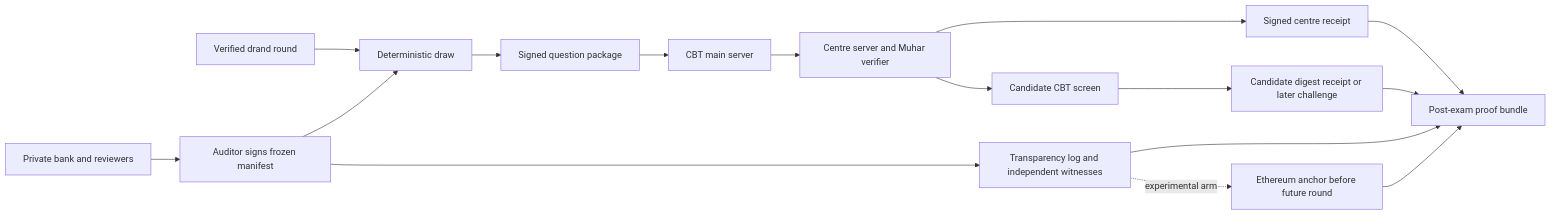
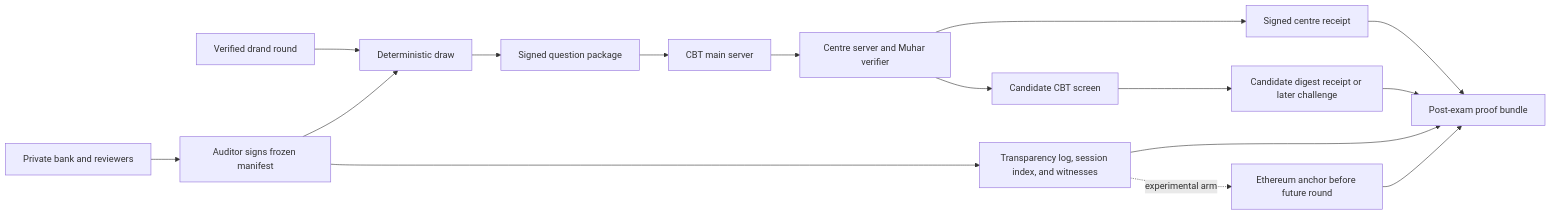
Before and after one commit to harshakumar25/Muhar: the diagram in DIGITAL_ARCHITECTURE.md, drawn with Mermaid. The commit also changed other lines of this file and 4 other files, not shown here.

````diff
--- a/DIGITAL_ARCHITECTURE.md
+++ b/DIGITAL_ARCHITECTURE.md
@@ -8,18 +8,18 @@
 ```mermaid
 flowchart LR
   A[Private bank and reviewers] --> B[Auditor signs frozen manifest]
-  B --> C[Transparency log and independent witnesses]
+  B --> C[Transparency log, session index, and witnesses]
   C -. experimental arm .-> D[Ethereum anchor before future round]
   E[Verified drand round] --> F[Deterministic draw]
   B --> F
   F --> G[Signed question package]
   G --> H[CBT main server]
   H --> I[Centre server and Muhar verifier]
   I --> J[Candidate CBT screen]
   I --> K[Signed centre receipt]
   J --> L[Candidate digest receipt or later challenge]
   K --> M[Post-exam proof bundle]
   L --> M
   C --> M
   D --> M
 ```
````
